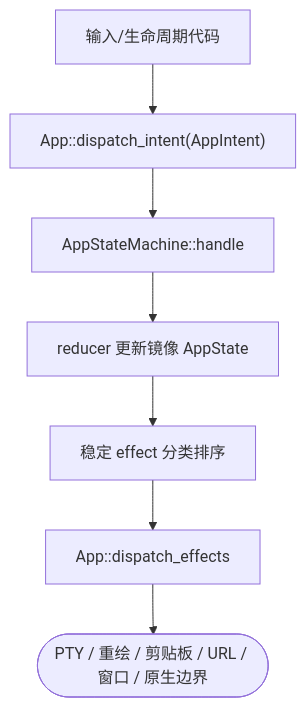
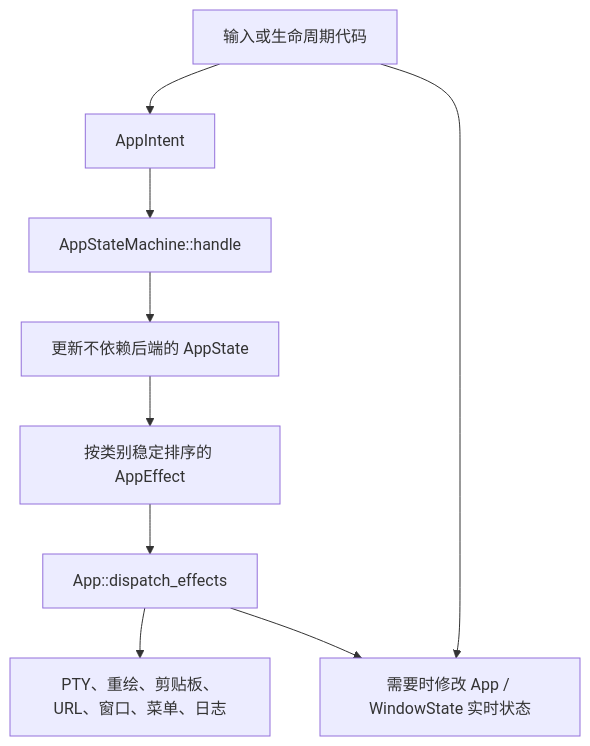
One commit to D0n9X1n/SonicTerm changed the sixth of 6 diagrams in wiki/Runtime-Lifecycle.md. Above: the diagram before and after it, drawn with Mermaid. The commit also changed other lines of this file and 33 other files, not shown here.

````diff
--- a/wiki/Runtime-Lifecycle.md
+++ b/wiki/Runtime-Lifecycle.md
@@ -607,17 +714,15 @@
 ```mermaid
 flowchart TD
-    input["输入/生命周期代码"]
-    intent["App::dispatch_intent(AppIntent)"]
-    handle["AppStateMachine::handle"]
-    reducer["reducer 更新镜像 AppState"]
-    sort["稳定 effect 分类排序"]
-    effects["App::dispatch_effects"]
-    boundary(["PTY / 重绘 / 剪贴板 / URL / 窗口 / 原生边界"])
+    source["输入或生命周期代码"]
+    intent["AppIntent"]
+    machine["AppStateMachine::handle"]
+    state["更新不依赖后端的 AppState"]
+    effects["按类别稳定排序的 AppEffect"]
+    dispatch["App::dispatch_effects"]
+    boundary["PTY、重绘、剪贴板、URL、窗口、菜单、日志"]
+    live["需要时修改 App / WindowState 实时状态"]
 
-    input --> intent
-    intent --> handle
-    handle --> reducer
-    reducer --> sort
-    sort --> effects
-    effects --> boundary
+    source --> intent --> machine --> state --> effects --> dispatch --> boundary
+    source --> live
+    dispatch --> live
 ```
````
